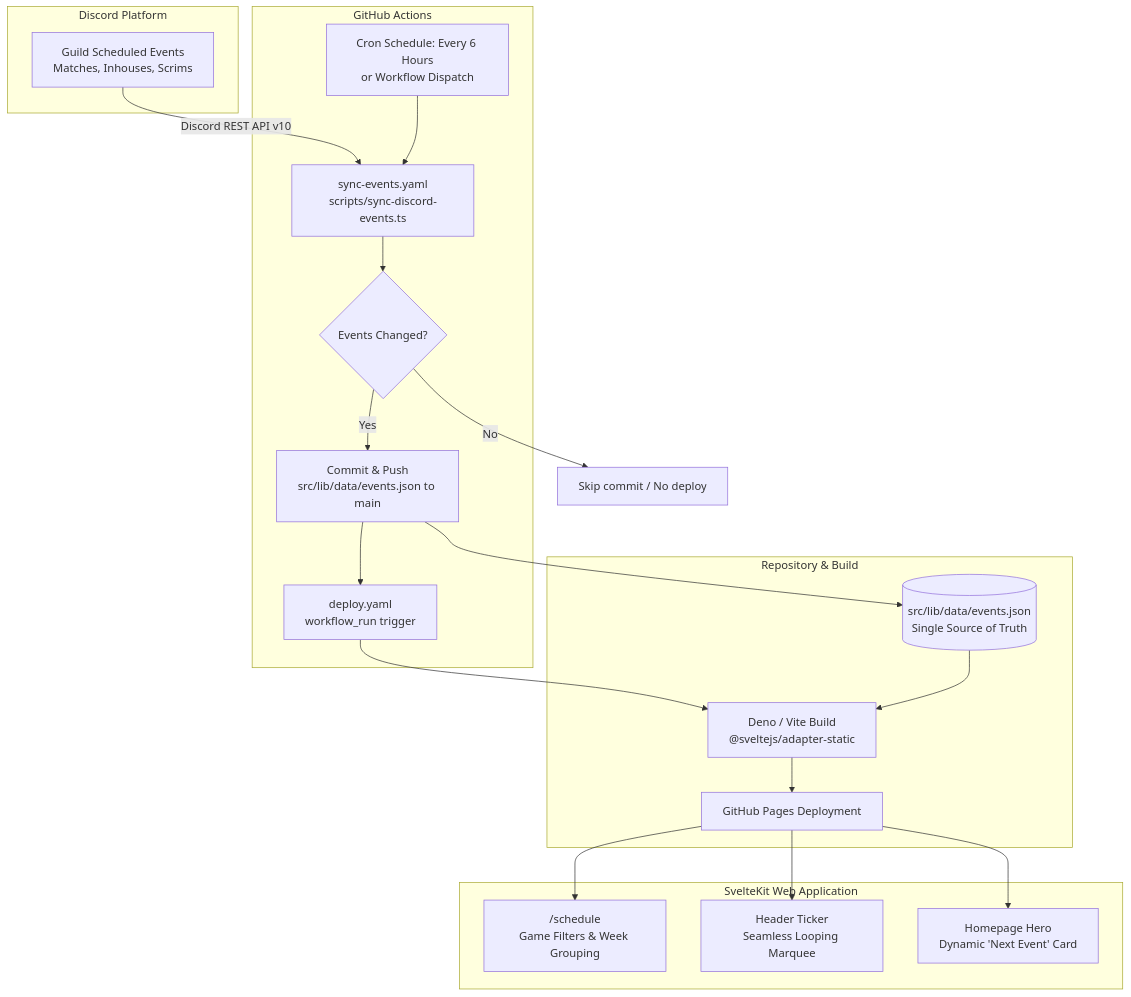
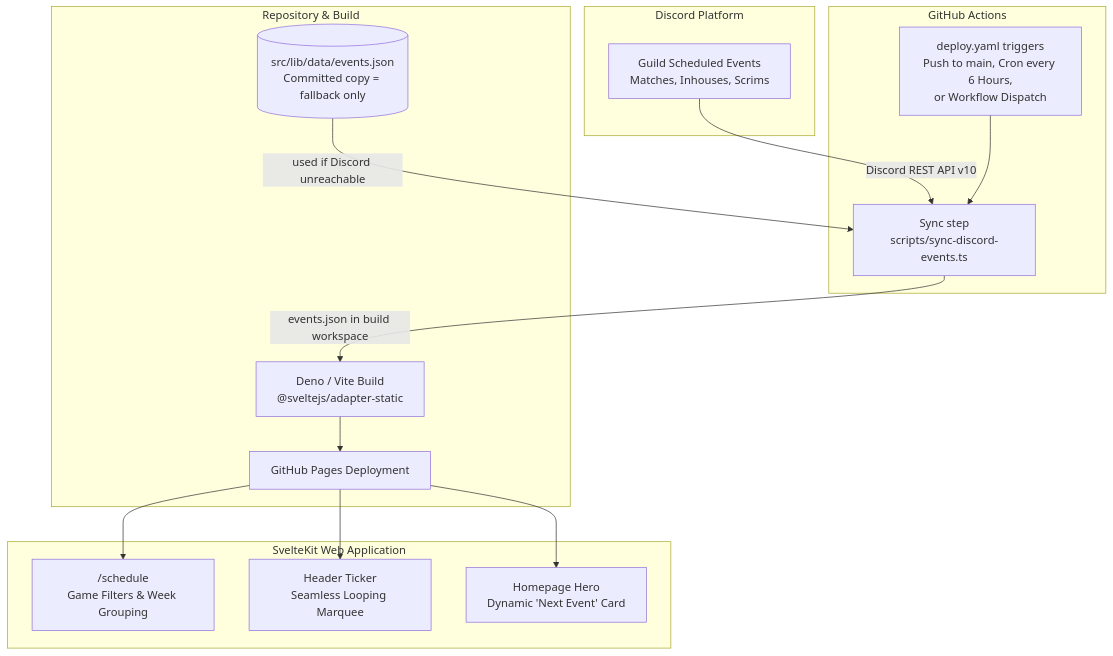
Before and after one commit to tanjha/eaosu.github.io: the diagram in docs/EVENTS_ARCHITECTURE.md, drawn with Mermaid. The commit also changed other lines of this file and 2 other files, not shown here.

First line of the commit message:
fix(ci): fetch Discord events at build time instead of committing them

````diff
--- a/docs/EVENTS_ARCHITECTURE.md
+++ b/docs/EVENTS_ARCHITECTURE.md
@@ -11,40 +11,32 @@
 ```mermaid
 flowchart TD
     subgraph Discord["Discord Platform"]
         DE[Guild Scheduled Events\nMatches, Inhouses, Scrims]
     end
 
     subgraph CI["GitHub Actions"]
-        CRON[Cron Schedule: Every 6 Hours\nor Workflow Dispatch]
-        SYNC[sync-events.yaml\nscripts/sync-discord-events.ts]
-        DIFF{Events Changed?}
-        COMMIT[Commit & Push\nsrc/lib/data/events.json to main]
-        DEPLOY[deploy.yaml\nworkflow_run trigger]
+        CRON[deploy.yaml triggers\nPush to main, Cron every 6 Hours,\nor Workflow Dispatch]
+        SYNC[Sync step\nscripts/sync-discord-events.ts]
     end
 
     subgraph Repo["Repository & Build"]
-        DATA[(src/lib/data/events.json\nSingle Source of Truth)]
+        DATA[(src/lib/data/events.json\nCommitted copy = fallback only)]
         BUILD[Deno / Vite Build\n@sveltejs/adapter-static]
         PAGES[GitHub Pages Deployment]
     end
 
     subgraph Frontend["SvelteKit Web Application"]
         SCHED["/schedule\nGame Filters & Week Grouping"]
         TICK["Header Ticker\nSeamless Looping Marquee"]
         HERO["Homepage Hero\nDynamic 'Next Event' Card"]
     end
 
     DE -->|Discord REST API v10| SYNC
     CRON --> SYNC
-    SYNC --> DIFF
-    DIFF -- Yes --> COMMIT
-    DIFF -- No --> NOOP[Skip commit / No deploy]
-    COMMIT --> DATA
-    COMMIT --> DEPLOY
-    DEPLOY --> BUILD
-    DATA --> BUILD
+    DATA -->|used if Discord unreachable| SYNC
+    SYNC -->|events.json in build workspace| BUILD
     BUILD --> PAGES
     PAGES --> SCHED
     PAGES --> TICK
     PAGES --> HERO
 ```
````
